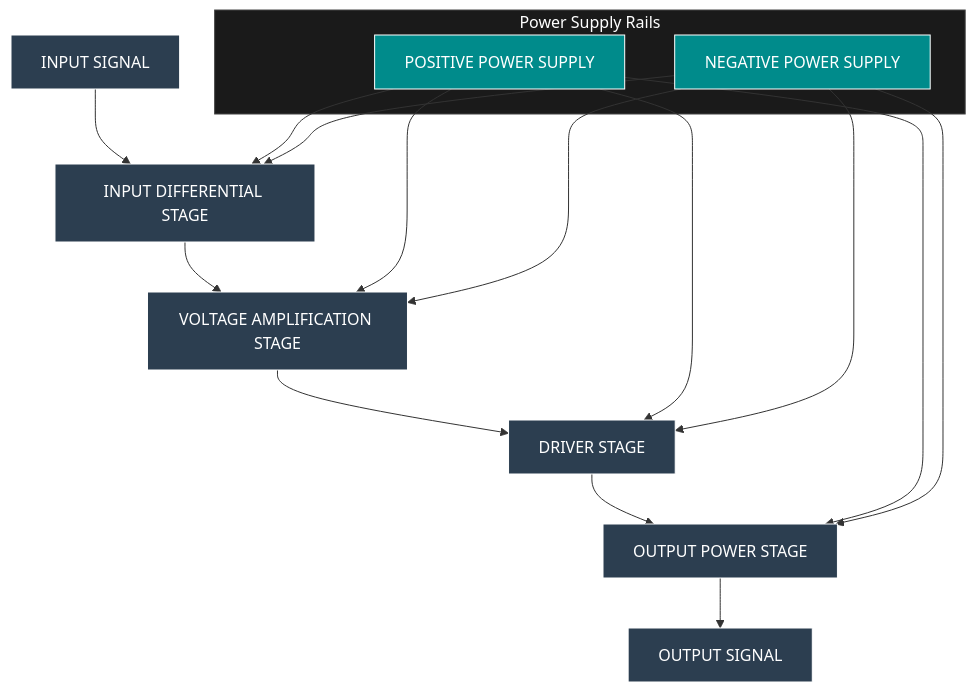
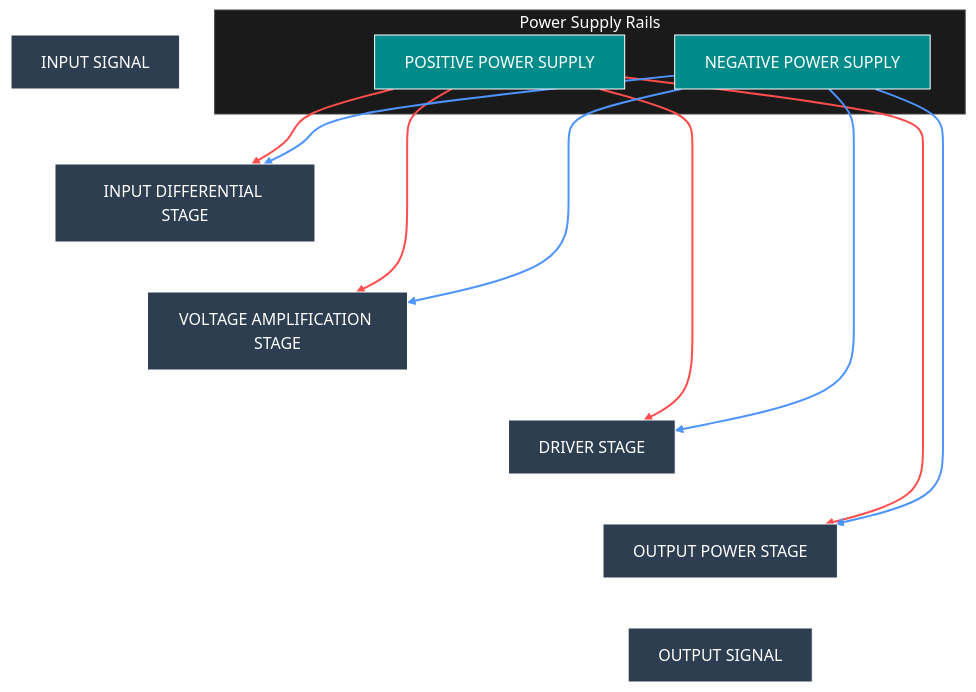
Before and after one commit to arlo0814/audio-electronics: the diagram in amplifier/diagram.mmd, drawn with Mermaid.

Commit message:
Update diagram styling for power connections

```diff
--- a/amplifier/diagram.mmd
+++ b/amplifier/diagram.mmd
@@ -1,33 +1,44 @@
 graph TD
     subgraph Power [Power Supply Rails]
         PPS[POSITIVE POWER SUPPLY]
         NPS[NEGATIVE POWER SUPPLY]
     end
 
     IS[INPUT SIGNAL] --> IDS[INPUT DIFFERENTIAL STAGE]
     IDS --> VAS[VOLTAGE AMPLIFICATION STAGE]
     VAS --> DS[DRIVER STAGE]
     DS --> OPS[OUTPUT POWER STAGE]
     OPS --> OS[OUTPUT SIGNAL]
 
-    %% Power distribution connections
+    %% Positive Rail Connections (Red)
     PPS --> IDS
     PPS --> VAS
     PPS --> DS
     PPS --> OPS
 
+    %% Negative Rail Connections (Blue)
     NPS --> IDS
     NPS --> VAS
     NPS --> DS
     NPS --> OPS
 
-    %% Style
+    %% Styling Nodes
     style Power fill:#1a1a1a,stroke:#444,color:#fff
     style PPS fill:#008b8b,stroke:#fff,color:#fff
     style NPS fill:#008b8b,stroke:#fff,color:#fff
     style IS fill:#2c3e50,stroke:#fff,color:#fff
     style IDS fill:#2c3e50,stroke:#fff,color:#fff
     style VAS fill:#2c3e50,stroke:#fff,color:#fff
     style DS fill:#2c3e50,stroke:#fff,color:#fff
     style OPS fill:#2c3e50,stroke:#fff,color:#fff
     style OS fill:#2c3e50,stroke:#fff,color:#fff
+
+    %% Styling Arrows (linkStyle uses 0-based indexing for lines)
+    %% Signal Path (default white/gray)
+    linkStyle 0,1,2,3,4 stroke:#fff,stroke-width:2px
+    
+    %% Positive Connections (Indices 5-8)
+    linkStyle 5,6,7,8 stroke:#ff4d4d,stroke-width:2px
+    
+    %% Negative Connections (Indices 9-12)
+    linkStyle 9,10,11,12 stroke:#4d94ff,stroke-width:2px
```
